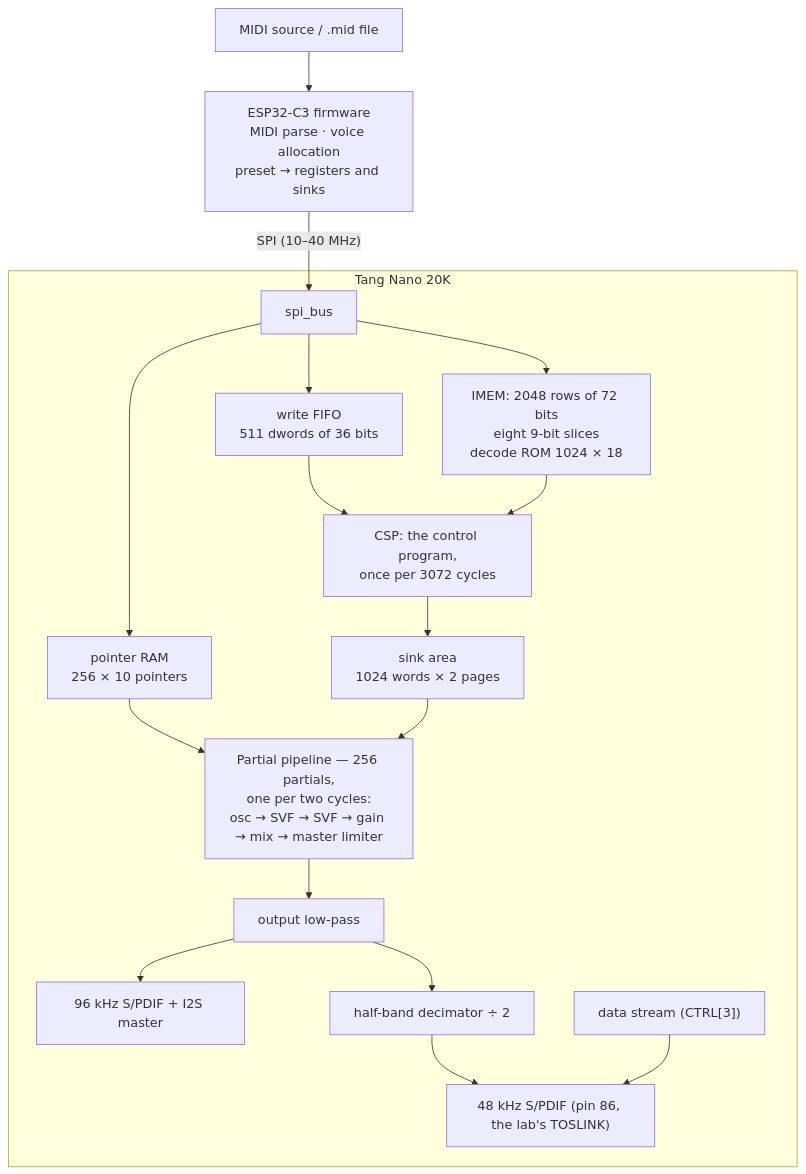
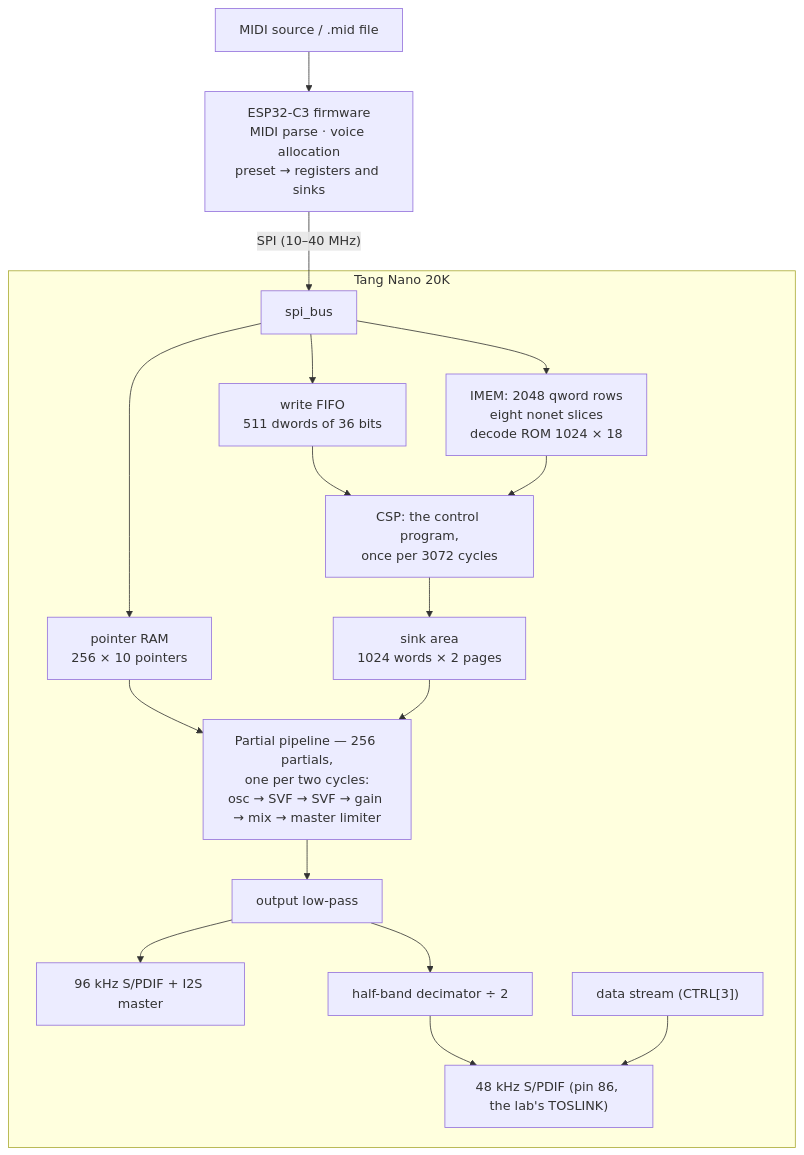
Before and after one commit to Thorwegian/noaidi-fpga-synth: the diagram in docs/memory_map.md, drawn with Mermaid. The commit also changed other lines of this file and 39 other files, not shown here.

````diff
--- a/docs/memory_map.md
+++ b/docs/memory_map.md
@@ -40,20 +40,20 @@
 ```mermaid
 flowchart TD
     MIDI["MIDI source / .mid file"] --> ESP["ESP32-C3 firmware<br/>MIDI parse · voice allocation<br/>preset → registers and sinks"]
     ESP -- "SPI (10–40 MHz)" --> BUS["spi_bus"]
     subgraph FG["Tang Nano 20K"]
         BUS --> Q["write FIFO<br/>511 dwords of 36 bits"]
-        BUS --> PGM["IMEM: 2048 rows of 72 bits<br/>eight 9-bit slices<br/>decode ROM 1024 × 18"]
+        BUS --> PGM["IMEM: 2048 qword rows<br/>eight nonet slices<br/>decode ROM 1024 × 18"]
         BUS --> PTR["pointer RAM<br/>256 × 10 pointers"]
         Q --> CSP["CSP: the control program,<br/>once per 3072 cycles"]
         PGM --> CSP
         CSP --> SINKS["sink area<br/>1024 words × 2 pages"]
         PTR --> PIPE["Partial pipeline — 256 partials,<br/>one per two cycles:<br/>osc → SVF → SVF → gain → mix → master limiter"]
         SINKS --> PIPE
         PIPE --> LPF["output low-pass"]
         LPF --> OUT96["96 kHz S/PDIF + I2S master"]
         LPF --> DEC["half-band decimator ÷ 2"]
         DEC --> OUT48["48 kHz S/PDIF (pin 86, the lab's TOSLINK)"]
         STREAM["data stream (CTRL[3])"] --> OUT48
     end
 ```
````
